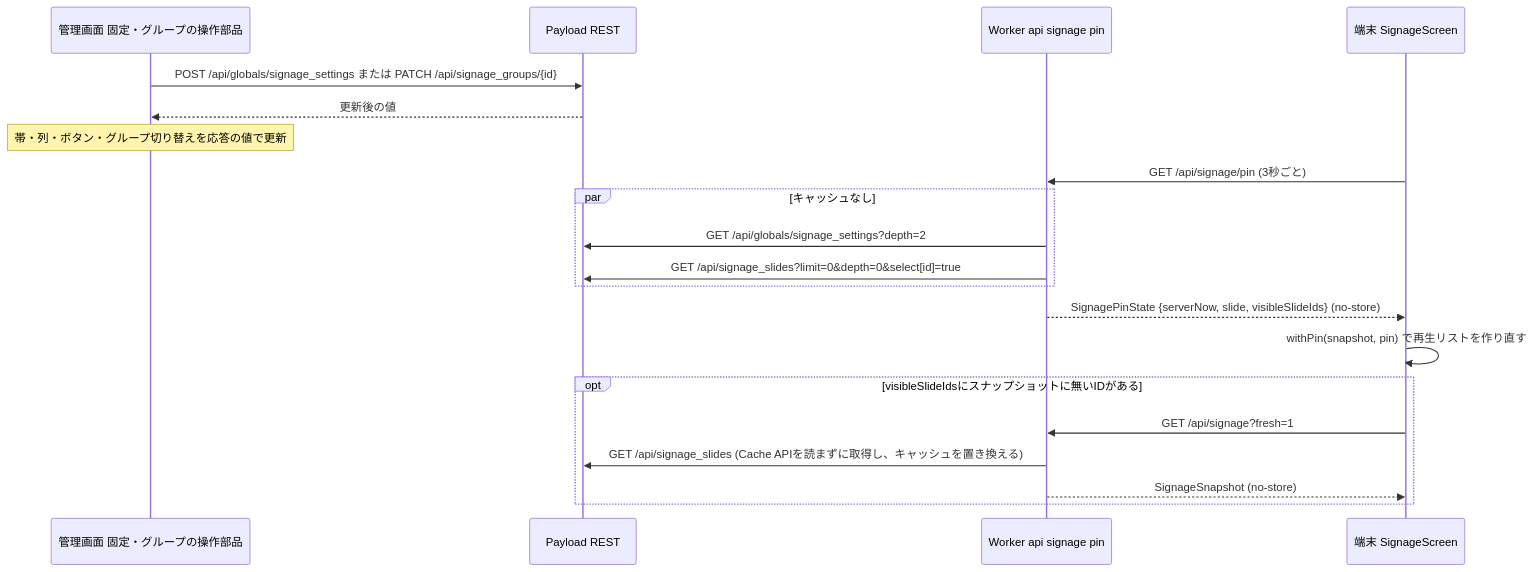
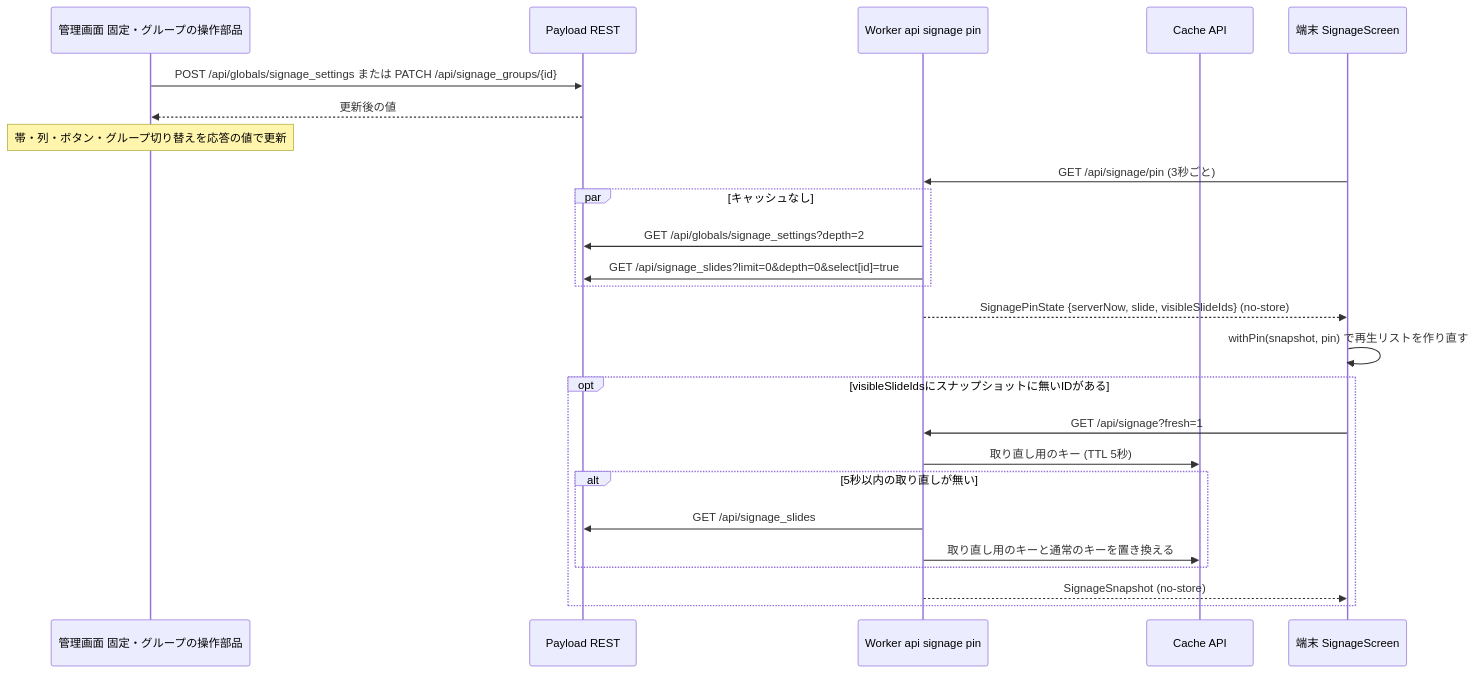
One commit to aramakisai/aramakisai-web changed the third of 6 diagrams in .kiro/specs/digital-signage/design.md. Above: the diagram before and after it, drawn with Mermaid. The commit also changed other lines of this file and 2 other files, not shown here.

````diff
--- a/.kiro/specs/digital-signage/design.md
+++ b/.kiro/specs/digital-signage/design.md
@@ -242,22 +244,27 @@
 ```mermaid
 sequenceDiagram
   participant A as 管理画面 固定・グループの操作部品
   participant P as Payload REST
   participant W as Worker api signage pin
+  participant C as Cache API
   participant D as 端末 SignageScreen
   A->>P: POST /api/globals/signage_settings または PATCH /api/signage_groups/{id}
   P-->>A: 更新後の値
   Note over A: 帯・列・ボタン・グループ切り替えを応答の値で更新
   D->>W: GET /api/signage/pin (3秒ごと)
   par キャッシュなし
     W->>P: GET /api/globals/signage_settings?depth=2
     W->>P: GET /api/signage_slides?limit=0&depth=0&select[id]=true
   end
   W-->>D: SignagePinState {serverNow, slide, visibleSlideIds} (no-store)
   D->>D: withPin(snapshot, pin) で再生リストを作り直す
   opt visibleSlideIdsにスナップショットに無いIDがある
     D->>W: GET /api/signage?fresh=1
-    W->>P: GET /api/signage_slides (Cache APIを読まずに取得し、キャッシュを置き換える)
+    W->>C: 取り直し用のキー (TTL 5秒)
+    alt 5秒以内の取り直しが無い
+      W->>P: GET /api/signage_slides
+      W->>C: 取り直し用のキーと通常のキーを置き換える
+    end
     W-->>D: SignageSnapshot (no-store)
   end
 ```
````
